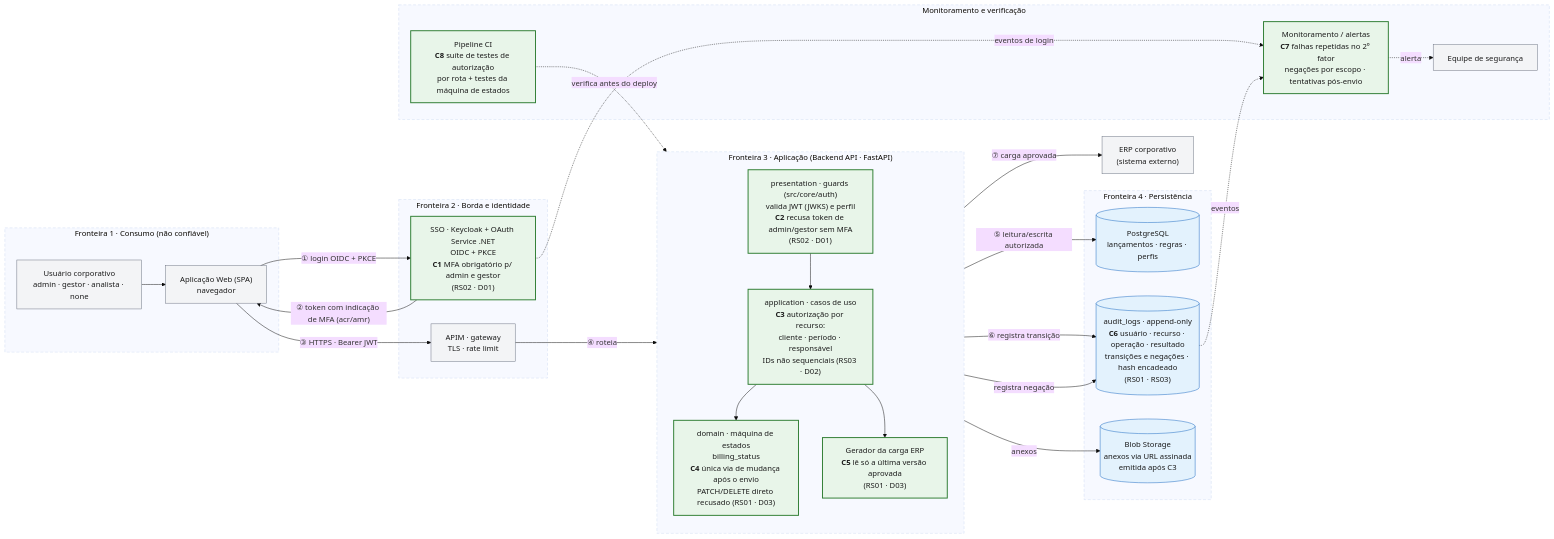
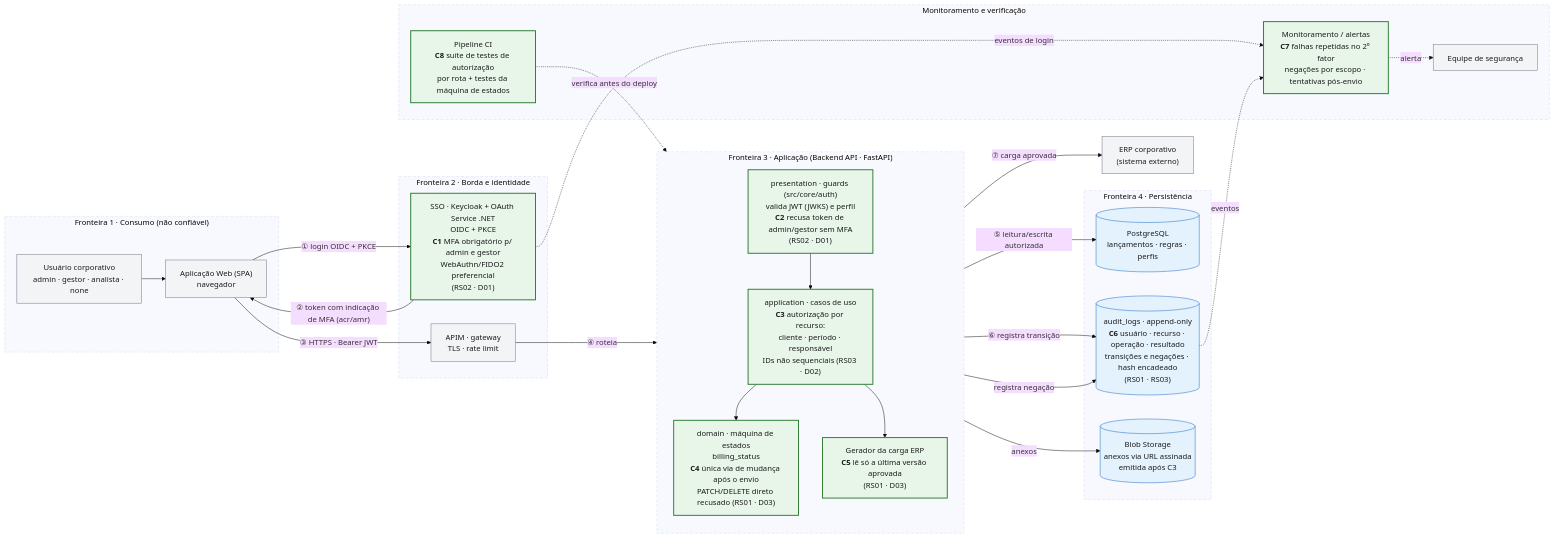
The first of 4 diagrams in docs/etapa-3/etapa-3-diagrama.md (MarlonBrendonx/secure-software-engineering-project), drawn with Mermaid (base theme) before and after one commit. The commit also changed other lines of this file and 4 other files, not shown here.

````diff
--- a/docs/etapa-3/etapa-3-diagrama.md
+++ b/docs/etapa-3/etapa-3-diagrama.md
@@ -13,68 +13,68 @@
 ```mermaid
 flowchart LR
     %% ---------- Fronteira 1: Consumo (não confiável) ----------
     subgraph Z1["Fronteira 1 · Consumo (não confiável)"]
         U["Usuário corporativo<br/>admin · gestor · analista · none"]
         SPA["Aplicação Web (SPA)<br/>navegador"]
     end
 
     %% ---------- Fronteira 2: Borda e identidade ----------
     subgraph Z2["Fronteira 2 · Borda e identidade"]
-        KC["SSO · Keycloak + OAuth Service .NET<br/>OIDC + PKCE<br/><b>C1</b> MFA obrigatório p/ admin e gestor<br/>(RS02 · D01)"]
+        KC["SSO · Keycloak + OAuth Service .NET<br/>OIDC + PKCE<br/><b>C1</b> MFA obrigatório p/ admin e gestor<br/>WebAuthn/FIDO2 preferencial<br/>(RS02 · D01)"]
         APIM["APIM · gateway<br/>TLS · rate limit"]
     end
 
     %% ---------- Fronteira 3: Aplicação ----------
     subgraph Z3["Fronteira 3 · Aplicação (Backend API · FastAPI)"]
         direction TB
         G["presentation · guards (src/core/auth)<br/>valida JWT (JWKS) e perfil<br/><b>C2</b> recusa token de admin/gestor sem MFA<br/>(RS02 · D01)"]
         UC["application · casos de uso<br/><b>C3</b> autorização por recurso:<br/>cliente · período · responsável<br/>IDs não sequenciais (RS03 · D02)"]
         SM["domain · máquina de estados<br/>billing_status<br/><b>C4</b> única via de mudança após o envio<br/>PATCH/DELETE direto recusado (RS01 · D03)"]
         ERPGEN["Gerador da carga ERP<br/><b>C5</b> lê só a última versão aprovada<br/>(RS01 · D03)"]
         G --> UC --> SM
         UC --> ERPGEN
     end
 
     %% ---------- Fronteira 4: Dados ----------
     subgraph Z4["Fronteira 4 · Persistência"]
         PG[("PostgreSQL<br/>lançamentos · regras · perfis")]
         AUD[("audit_logs · append-only<br/><b>C6</b> usuário · recurso · operação · resultado<br/>transições e negações · hash encadeado<br/>(RS01 · RS03)")]
         BLOB[("Blob Storage<br/>anexos via URL assinada<br/>emitida após C3")]
     end
 
     %% ---------- Monitoramento e verificação ----------
     subgraph Z5["Monitoramento e verificação"]
         MON["Monitoramento / alertas<br/><b>C7</b> falhas repetidas no 2º fator<br/>negações por escopo · tentativas pós-envio"]
         SEC["Equipe de segurança"]
         CI["Pipeline CI<br/><b>C8</b> suíte de testes de autorização<br/>por rota + testes da máquina de estados"]
     end
 
     ERP["ERP corporativo<br/>(sistema externo)"]
 
     U --> SPA
     SPA -- "① login OIDC + PKCE" --> KC
     KC -- "② token com indicação de MFA (acr/amr)" --> SPA
     SPA -- "③ HTTPS · Bearer JWT" --> APIM
     APIM -- "④ roteia" --> G
     UC -- "⑤ leitura/escrita autorizada" --> PG
     UC -- "anexos" --> BLOB
     SM -- "⑥ registra transição" --> AUD
     UC -- "registra negação" --> AUD
     ERPGEN -- "⑦ carga aprovada" --> ERP
     KC -. "eventos de login" .-> MON
     AUD -. "eventos" .-> MON
     MON -. "alerta" .-> SEC
     CI -. "verifica antes do deploy" .-> Z3
 
     classDef ctrl fill:#E8F5E9,stroke:#2E7D32,stroke-width:2px,color:#1B1B1B
     classDef ext fill:#F3F4F6,stroke:#6B7280,color:#1B1B1B
     classDef data fill:#E3F2FD,stroke:#1565C0,color:#1B1B1B
     class KC,G,UC,SM,ERPGEN,MON,CI ctrl
     class U,SPA,ERP,SEC,APIM ext
     class PG,AUD,BLOB data
     style Z1 stroke-dasharray: 6 4
     style Z2 stroke-dasharray: 6 4
     style Z3 stroke-dasharray: 6 4
     style Z4 stroke-dasharray: 6 4
     style Z5 stroke-dasharray: 6 4
 ```
````
